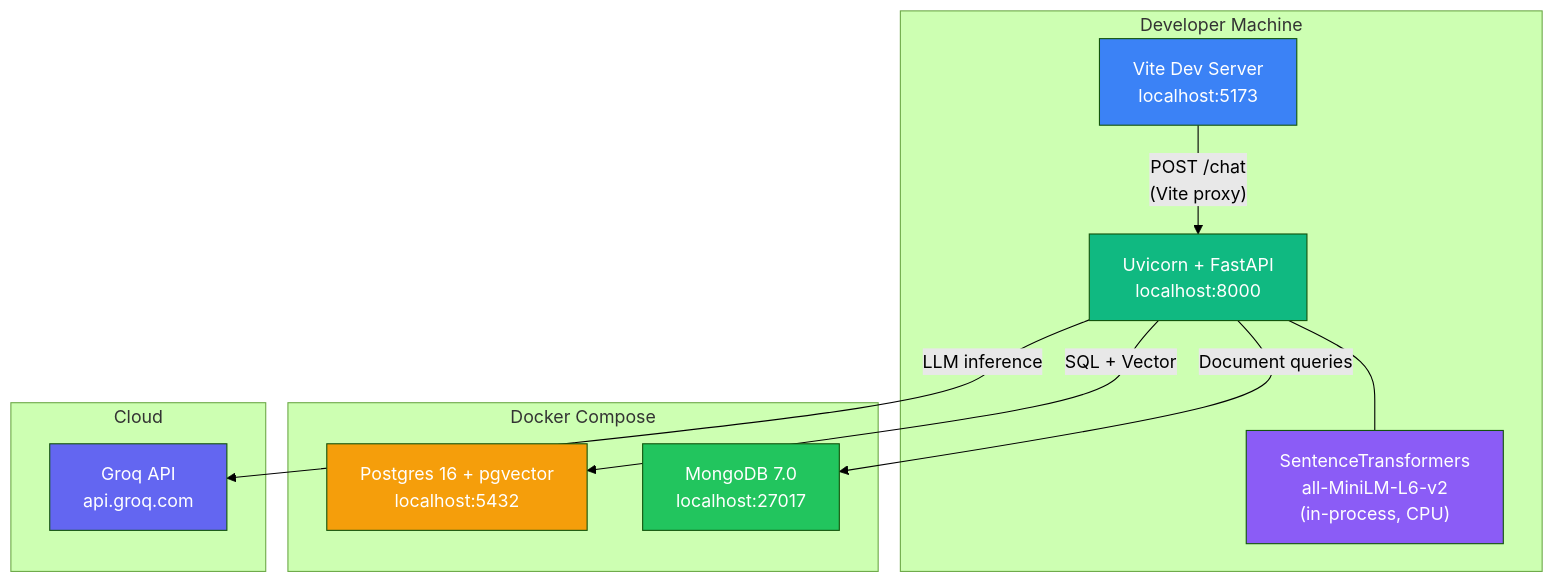
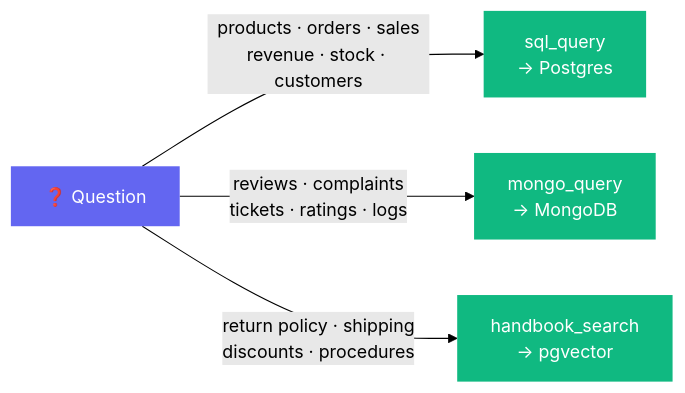
One commit to Manoj10041996/MultiDBAgent_class5_hw2_ManojKumarY changed the third of 4 diagrams in docs/ARCHITECTURE.md. Above: the diagram before and after it, drawn with Mermaid (forest theme). The commit also changed other lines of this file, not shown here.

Commit message:
docs: rewrite architecture diagrams to standard Mermaid - renders on GitHub

````diff
--- a/docs/ARCHITECTURE.md
+++ b/docs/ARCHITECTURE.md
@@ -128,30 +89,13 @@
 ```mermaid
-graph TB
-    subgraph "Developer Machine"
-        FE["Vite Dev Server<br/>localhost:5173"]
-        BE["Uvicorn + FastAPI<br/>localhost:8000"]
-        EMB["SentenceTransformers<br/>all-MiniLM-L6-v2<br/>(in-process, CPU)"]
-    end
+graph LR
+    Q["❓ Question"]
 
-    subgraph "Docker Compose"
-        PG["Postgres 16 + pgvector<br/>localhost:5432"]
-        MG["MongoDB 7.0<br/>localhost:27017"]
-    end
+    Q -->|"products · orders · sales<br/>revenue · stock · customers"| S["sql_query<br/>→ Postgres"]
+    Q -->|"reviews · complaints<br/>tickets · ratings · logs"| M["mongo_query<br/>→ MongoDB"]
+    Q -->|"return policy · shipping<br/>discounts · procedures"| R["handbook_search<br/>→ pgvector"]
 
-    subgraph "Cloud"
-        GROQ["Groq API<br/>api.groq.com"]
-    end
-
-    FE -->|"POST /chat<br/>(Vite proxy)"| BE
-    BE -->|"LLM inference"| GROQ
-    BE -->|"SQL + Vector"| PG
-    BE -->|"Document queries"| MG
-    BE --- EMB
-
-    style FE fill:#3b82f6,color:#fff
-    style BE fill:#10b981,color:#fff
-    style EMB fill:#8b5cf6,color:#fff
-    style GROQ fill:#6366f1,color:#fff
-    style PG fill:#f59e0b,color:#fff
-    style MG fill:#22c55e,color:#fff
+    style Q fill:#6366f1,color:#fff,stroke:none
+    style S fill:#10b981,color:#fff,stroke:none
+    style M fill:#10b981,color:#fff,stroke:none
+    style R fill:#10b981,color:#fff,stroke:none
 ```
````
